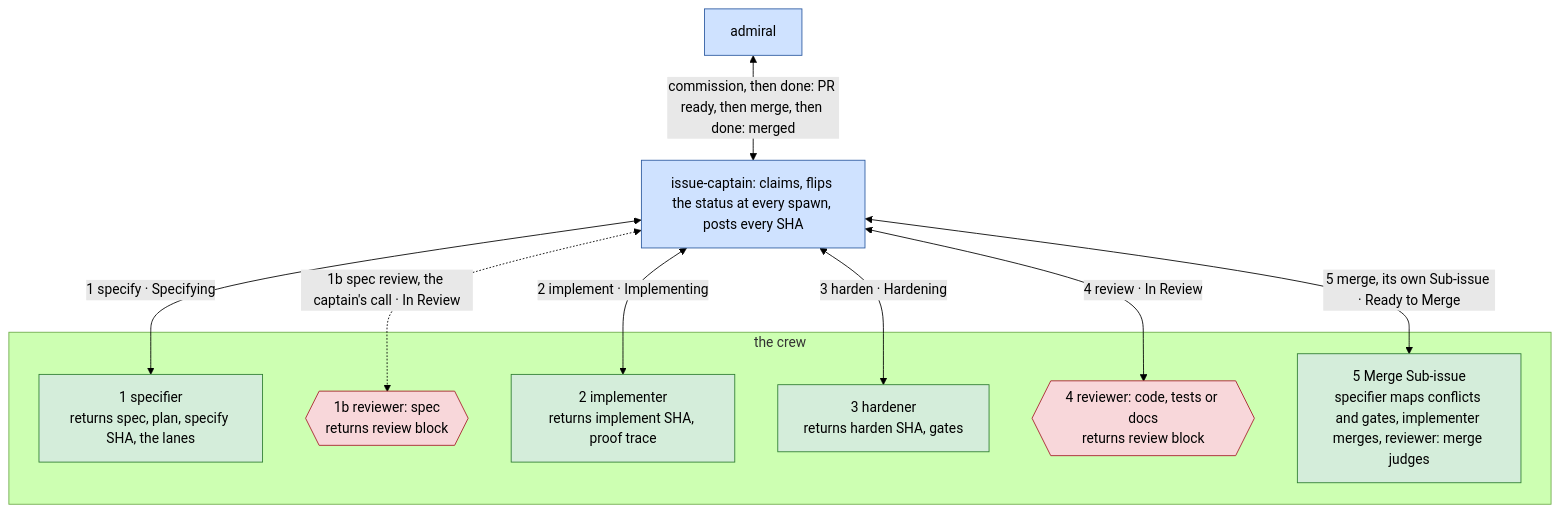
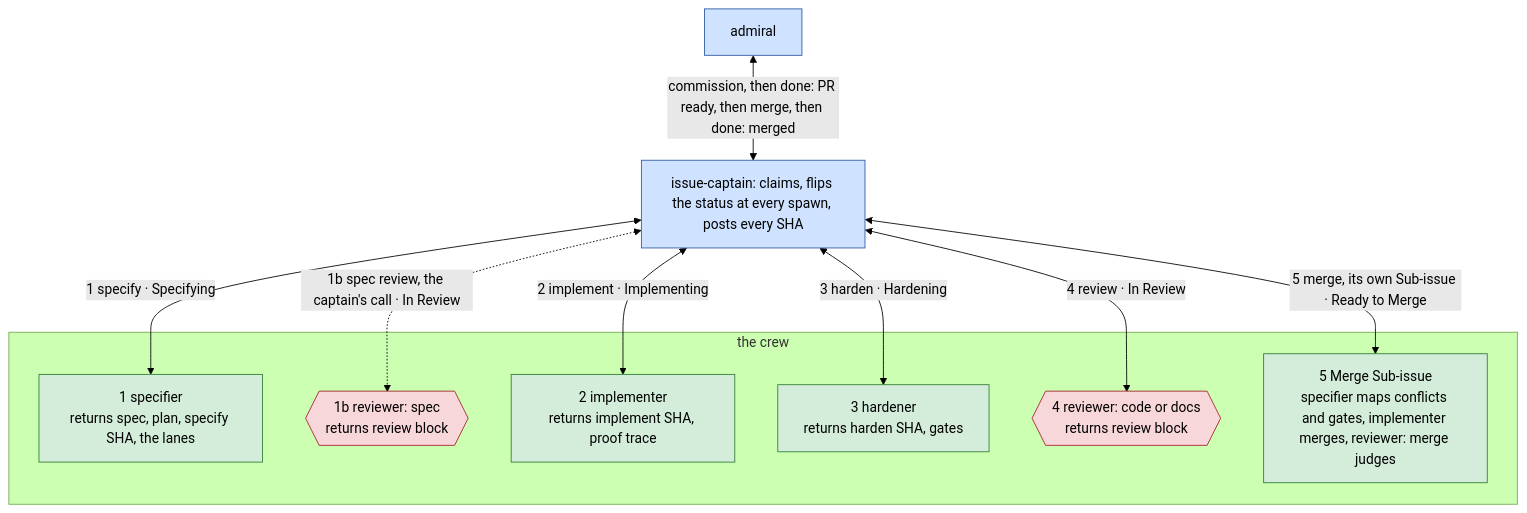
Before and after one commit to bodnarbalazs/dydo: the second of 12 diagrams in dydo/understand/control-flow.md, drawn with Mermaid (forest theme). The commit also changed other lines of this file and 51 other files, not shown here.

````diff
--- a/dydo/understand/control-flow.md
+++ b/dydo/understand/control-flow.md
@@ -127,22 +127,22 @@
 ```mermaid
 flowchart TD
   classDef hat fill:#cfe2ff,stroke:#2c5aa0,color:#000
   classDef worker fill:#d4edda,stroke:#2e7d32,color:#000
   classDef reviewer fill:#f8d7da,stroke:#a71d2a,color:#000
 
   AD[admiral]:::hat <-->|"commission, then done: PR ready, then merge, then done: merged"| IC[issue-captain: claims, flips the status at every spawn, posts every SHA]:::hat
   IC <-->|"1 specify · Specifying"| SP
   IC <-.->|"1b spec review, the captain's call · In Review"| RS
   IC <-->|"2 implement · Implementing"| IM
   IC <-->|"3 harden · Hardening"| HD
   IC <-->|"4 review · In Review"| RC
   IC <-->|"5 merge, its own Sub-issue · Ready to Merge"| MG
   subgraph CREW [the crew]
     SP[1 specifier<br>returns spec, plan, specify SHA, the lanes]:::worker
     RS{{1b reviewer: spec<br>returns review block}}:::reviewer
     IM[2 implementer<br>returns implement SHA, proof trace]:::worker
     HD[3 hardener<br>returns harden SHA, gates]:::worker
-    RC{{4 reviewer: code, tests or docs<br>returns review block}}:::reviewer
+    RC{{4 reviewer: code or docs<br>returns review block}}:::reviewer
     MG[5 Merge Sub-issue<br>specifier maps conflicts and gates, implementer merges, reviewer: merge judges]:::worker
   end
 ```
````
